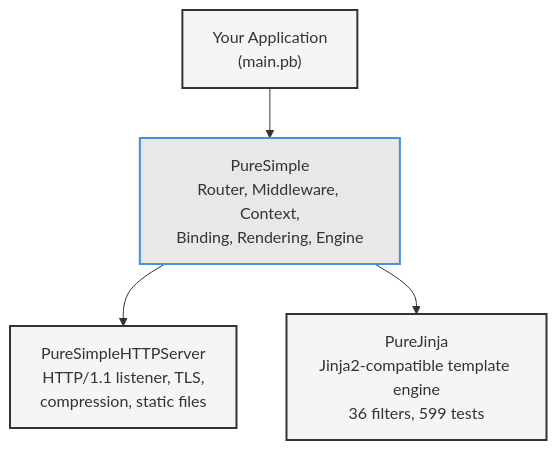
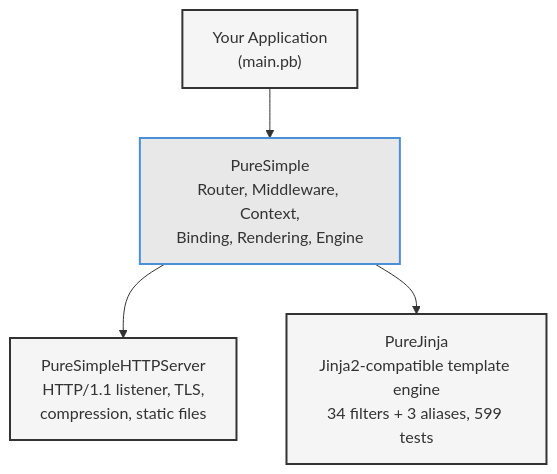
One commit to Jedt3D/PureSimple changed the first of 2 diagrams in manuscript/chapters/ch01-why-purebasic.md. Above: the diagram before and after it, drawn with Mermaid. The commit also changed other lines of this file and 30 other files, not shown here.

````diff
--- a/manuscript/chapters/ch01-why-purebasic.md
+++ b/manuscript/chapters/ch01-why-purebasic.md
@@ -60,11 +60,11 @@
 ```mermaid
 graph TD
     A["Your Application<br/>(main.pb)"] --> B["PureSimple<br/>Router, Middleware, Context,<br/>Binding, Rendering, Engine"]
     B --> C["PureSimpleHTTPServer<br/>HTTP/1.1 listener, TLS,<br/>compression, static files"]
-    B --> D["PureJinja<br/>Jinja2-compatible template engine<br/>36 filters, 599 tests"]
+    B --> D["PureJinja<br/>Jinja2-compatible template engine<br/>34 filters + 3 aliases, 599 tests"]
 
     style A fill:#f5f5f5,stroke:#333,stroke-width:2px
     style B fill:#e8e8e8,stroke:#4A90D9,stroke-width:2px
     style C fill:#f5f5f5,stroke:#333,stroke-width:2px
     style D fill:#f5f5f5,stroke:#333,stroke-width:2px
 ```
````
